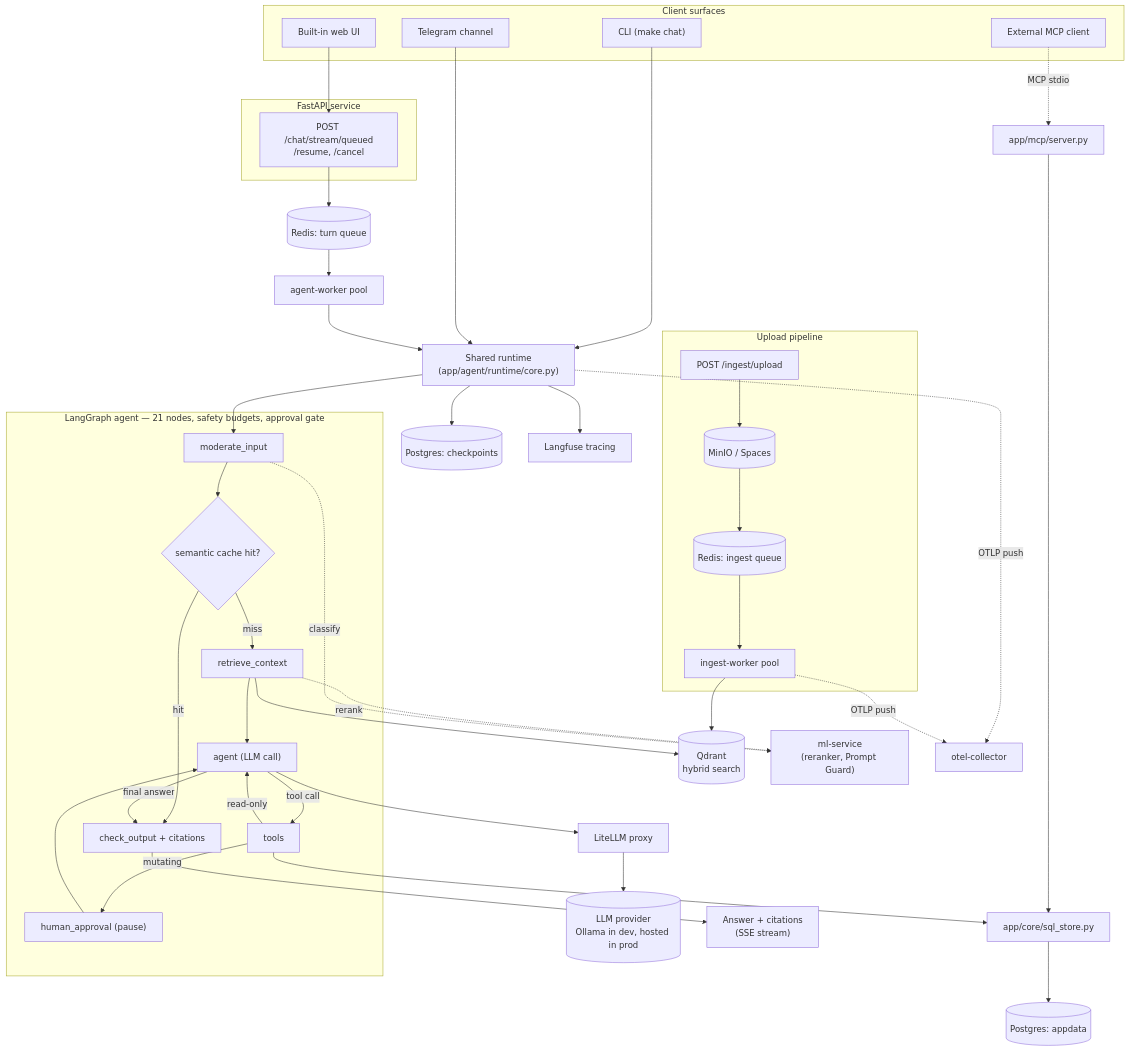
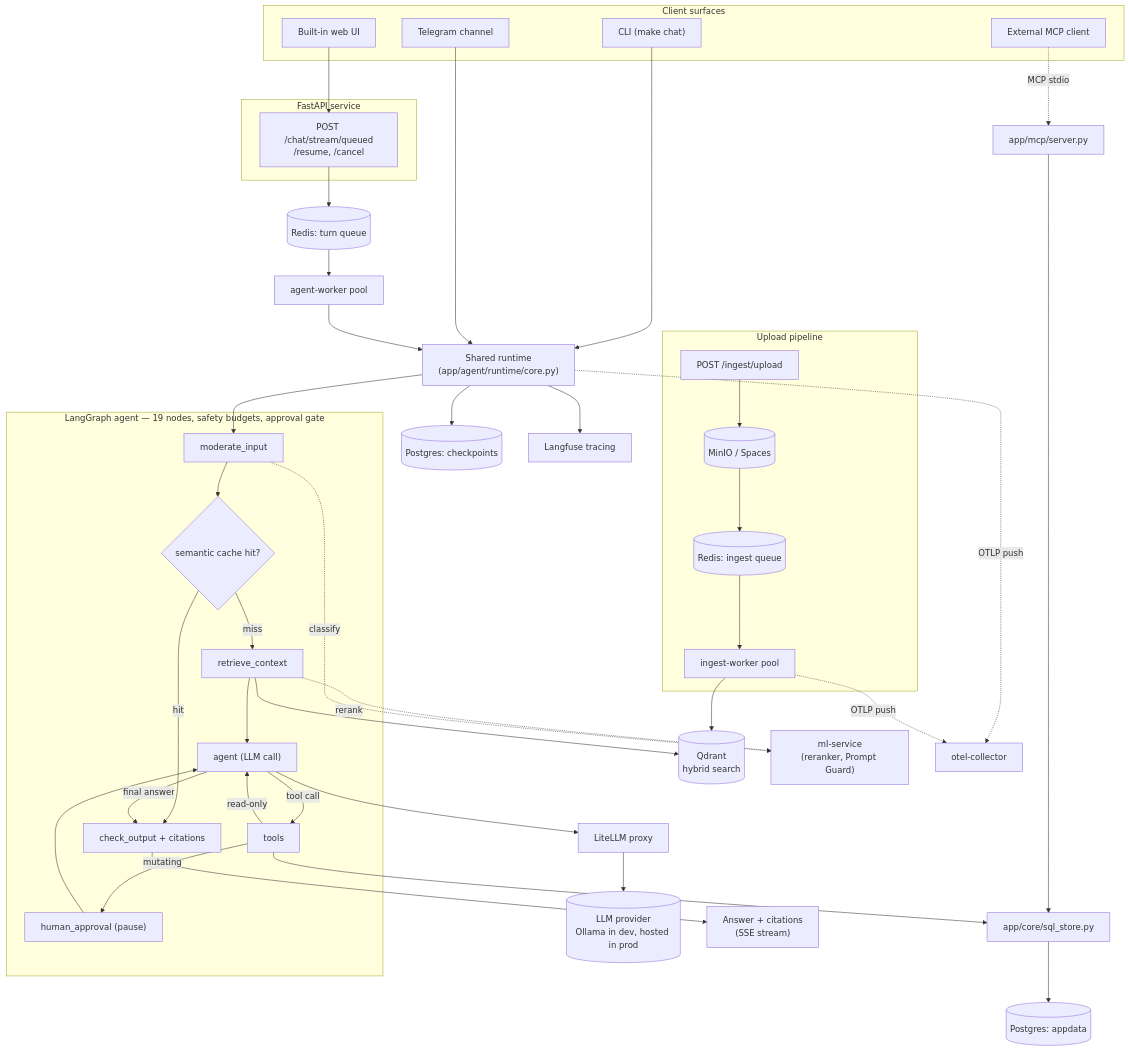
One commit to truongpx396/agent-core-demo changed the diagram in README.md. Above: the diagram before and after it, drawn with Mermaid. The commit also changed other lines of this file and 111 other files, not shown here.

````diff
--- a/README.md
+++ b/README.md
@@ -37,62 +37,62 @@
 ```mermaid
 flowchart TB
     subgraph clients_sg["Client surfaces"]
         CLI["CLI (make chat)"]
         WebUI["Built-in web UI"]
         Telegram["Telegram channel"]
         ExtMCP["External MCP client"]
     end
 
     subgraph api_sg["FastAPI service"]
         Queued["POST /chat/stream/queued<br/>/resume, /cancel"]
     end
 
     CLI --> Runtime["Shared runtime<br/>(app/agent/runtime/core.py)"]
     WebUI --> Queued
     Telegram --> Runtime
     ExtMCP -. MCP stdio .-> MCPServer["app/mcp/server.py"]
 
     Queued --> TurnQueue[("Redis: turn queue")]
     TurnQueue --> AgentWorker["agent-worker pool"]
     AgentWorker --> Runtime
 
     Runtime --> Moderate
 
-    subgraph agent_sg["LangGraph agent — 21 nodes, safety budgets, approval gate"]
+    subgraph agent_sg["LangGraph agent — 19 nodes, safety budgets, approval gate"]
         Moderate["moderate_input"]
         CacheCheck{"semantic cache hit?"}
         Retrieve["retrieve_context"]
         AgentNode["agent (LLM call)"]
         ToolsNode["tools"]
         HITL["human_approval (pause)"]
         Output["check_output + citations"]
     end
 
     Moderate --> CacheCheck
     CacheCheck -- miss --> Retrieve --> AgentNode
     CacheCheck -- hit --> Output
     AgentNode -- tool call --> ToolsNode
     ToolsNode -- mutating --> HITL --> AgentNode
     ToolsNode -- read-only --> AgentNode
     AgentNode -- final answer --> Output
 
     MCPServer --> SQL["app/core/sql_store.py"]
     ToolsNode --> SQL
     SQL --> Postgres[("Postgres: appdata")]
     Retrieve --> Qdrant[("Qdrant<br/>hybrid search")]
     Retrieve -. rerank .-> MLService["ml-service<br/>(reranker, Prompt Guard)"]
     Moderate -. classify .-> MLService
     AgentNode --> LiteLLM["LiteLLM proxy"] --> LLM[("LLM provider<br/>Ollama in dev, hosted in prod")]
     Runtime --> Checkpointer[("Postgres: checkpoints")]
     Runtime --> Langfuse["Langfuse tracing"]
     Runtime -. OTLP push .-> OtelCollector["otel-collector"]
     Output --> ClientResponse["Answer + citations<br/>(SSE stream)"]
 
     subgraph ingest_sg["Upload pipeline"]
         UploadEP["POST /ingest/upload"] --> ObjectStore[("MinIO / Spaces")]
         ObjectStore --> IngestQueue[("Redis: ingest queue")]
         IngestQueue --> IngestWorker["ingest-worker pool"]
     end
     IngestWorker --> Qdrant
     IngestWorker -. OTLP push .-> OtelCollector
 ```
````
